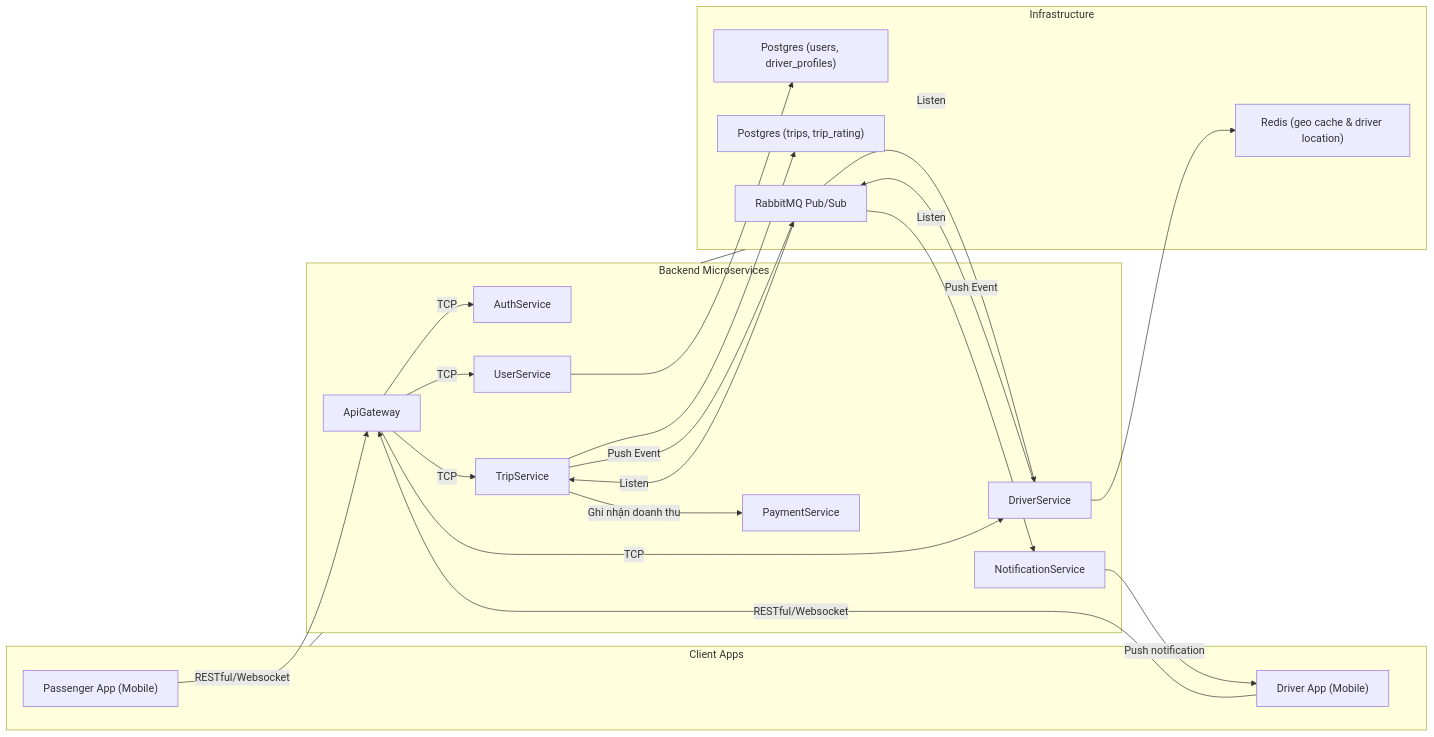
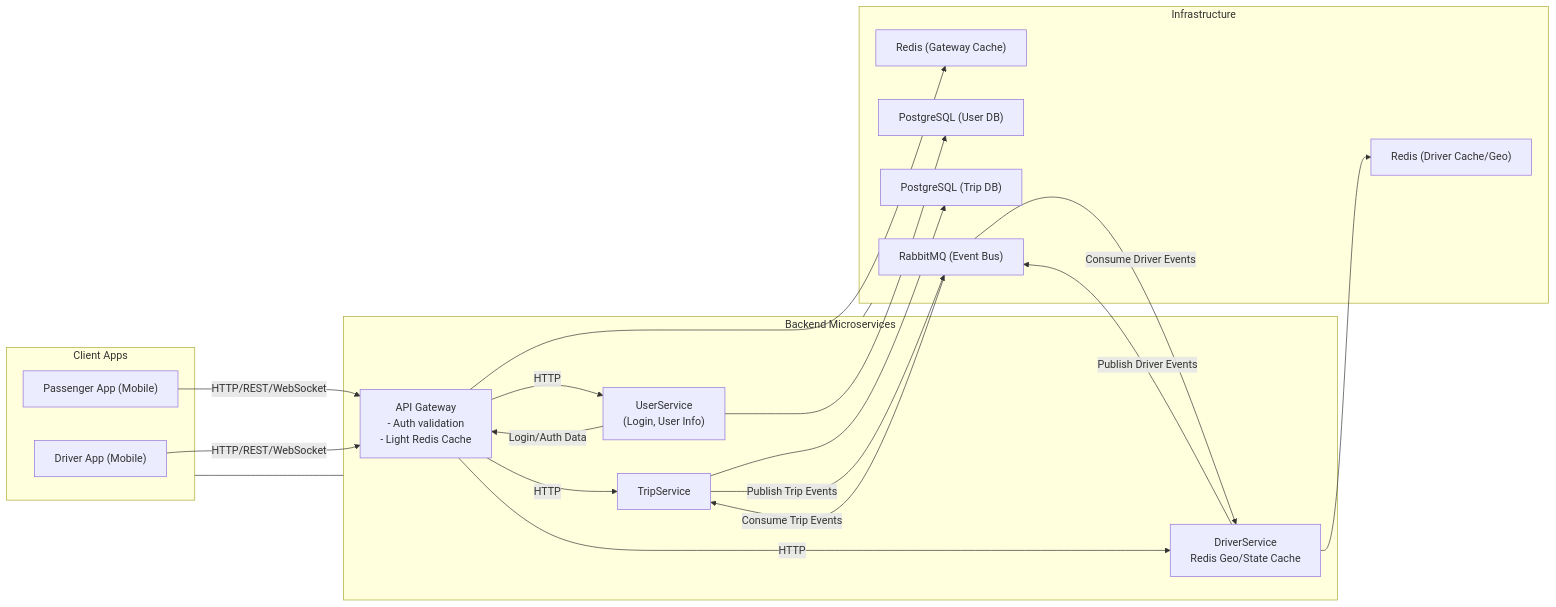
One commit to LeVanHuy84/uit-go-project changed the first of 4 diagrams in ARCHITECTURE.md. Above: the diagram before and after it, drawn with Mermaid. The commit also changed other lines of this file, not shown here.

First line of the commit message:
Revise architecture diagram and service descriptions

````diff
--- a/ARCHITECTURE.md
+++ b/ARCHITECTURE.md
@@ -31,54 +31,75 @@
 ```mermaid
 flowchart LR
+  %% ===========================
   %% CLIENT LAYER
+  %% ===========================
   subgraph Clients["Client Apps"]
     Passenger["Passenger App (Mobile)"]
     DriverApp["Driver App (Mobile)"]
   end
 
+  %% ===========================
   %% SERVICE LAYER
+  %% ===========================
   subgraph Services["Backend Microservices"]
-    ApiGateway["ApiGateway"]
-    AuthSvc["AuthService"]
-    UserSvc["UserService"]
+    ApiGateway["API Gateway\n- Auth validation\n- Light Redis Cache"]
+    UserSvc["UserService\n(Login, User Info)"]
     TripSvc["TripService"]
-    DriverSvc["DriverService"]
-    NotificationSvc["NotificationService"]
-    PaymentSvc["PaymentService"]
+    DriverSvc["DriverService\nRedis Geo/State Cache"]
   end
 
-  %% INFRASTRUCTURE
+  %% ===========================
+  %% INFRASTRUCTURE LAYER
+  %% ===========================
   subgraph Infra["Infrastructure"]
-    PostgresUser["Postgres (users, driver_profiles)"]
-    PostgresTrip["Postgres (trips, trip_rating)"]
-    RedisGeo["Redis (geo cache & driver location)"]
-    MQ["RabbitMQ Pub/Sub"]
+    RedisGateway["Redis (Gateway Cache)"]
+    RedisDriver["Redis (Driver Cache/Geo)"]
+    PostgresUser["PostgreSQL (User DB)"]
+    PostgresTrip["PostgreSQL (Trip DB)"]
+    MQ["RabbitMQ (Event Bus)"]
   end
 
-  %% RELATIONS
-  Passenger --> |RESTful/Websocket| ApiGateway
-  DriverApp --> |RESTful/Websocket| ApiGateway
+  %% ===========================
+  %% CLIENT → GATEWAY
+  %% ===========================
+  Passenger --> |HTTP/REST/WebSocket| ApiGateway
+  DriverApp --> |HTTP/REST/WebSocket| ApiGateway
 
-  ApiGateway --> |TCP| AuthSvc
-  ApiGateway --> |TCP| UserSvc
-  ApiGateway --> |TCP| TripSvc
-  ApiGateway --> |TCP| DriverSvc
+  %% ===========================
+  %% GATEWAY → SERVICES
+  %% ===========================
+  ApiGateway --> |HTTP| UserSvc
+  ApiGateway --> |HTTP| TripSvc
+  ApiGateway --> |HTTP| DriverSvc
 
-  TripSvc -->|Push Event| MQ
-  MQ --> |Listen| DriverSvc
-  DriverSvc --> |Push Event| MQ
-  MQ --> |Listen| TripSvc
+  %% ===========================
+  %% AUTH FLOW (LOGIN)
+  %% ===========================
+  UserSvc --> |Login/Auth Data| ApiGateway
 
-  DriverSvc --> RedisGeo
-  MQ --> |Listen| NotificationSvc
-  NotificationSvc -->|Push notification| DriverApp
-
+  %% ===========================
+  %% DATABASE CONNECTIONS
+  %% ===========================
   UserSvc --> PostgresUser
-
-  TripSvc -->|Ghi nhận doanh thu| PaymentSvc
-
   TripSvc --> PostgresTrip
 
-  %% ALIGN LAYERS
+  %% ===========================
+  %% REDIS CACHE
+  %% ===========================
+  ApiGateway --> RedisGateway
+  DriverSvc --> RedisDriver
+
+  %% ===========================
+  %% RABBITMQ EVENTS
+  %% ===========================
+  TripSvc --> |Publish Trip Events| MQ
+  MQ --> |Consume Driver Events| DriverSvc
+
+  DriverSvc --> |Publish Driver Events| MQ
+  MQ --> |Consume Trip Events| TripSvc
+
+  %% ===========================
+  %% ALIGNMENT
+  %% ===========================
   Clients --- Services --- Infra
 ```
````
